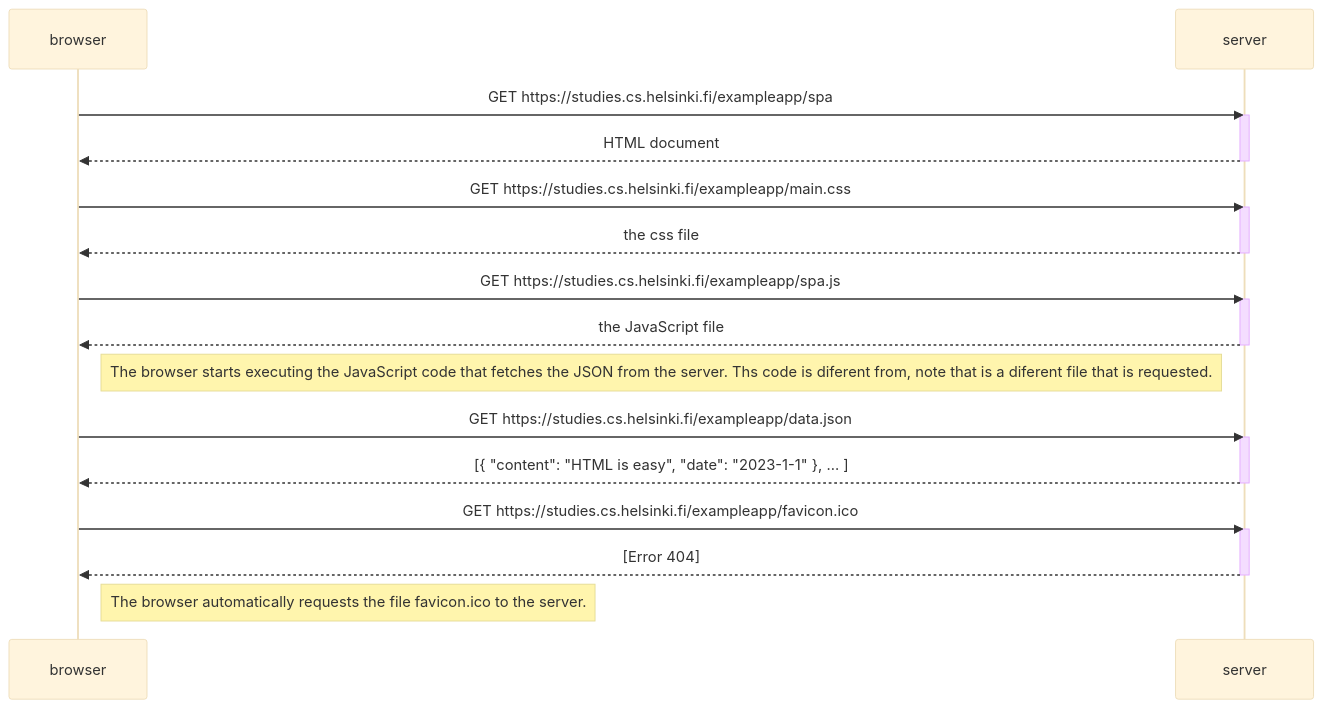
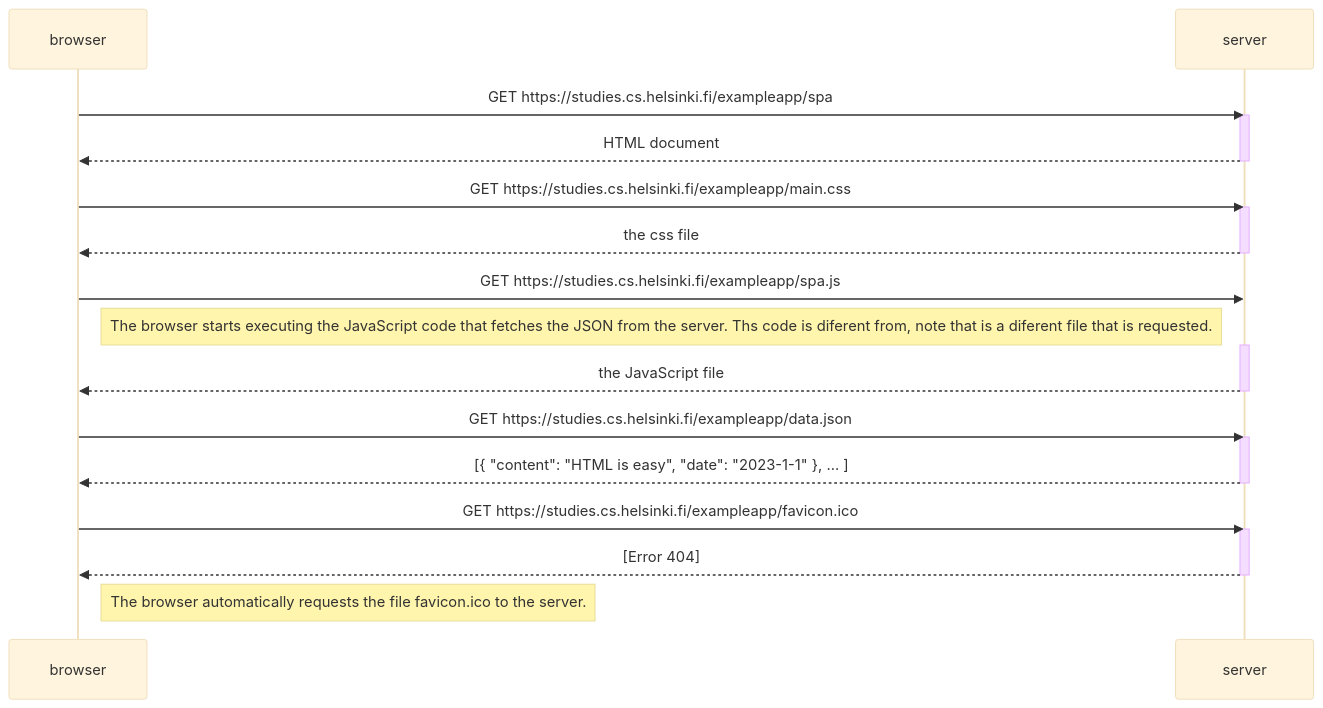
One commit to Temistocles17/Temistocles17.github.io changed the diagram in Readme.md. Above: the diagram before and after it, drawn with Mermaid (base theme).

````diff
--- a/Readme.md
+++ b/Readme.md
@@ -1,35 +1,36 @@
 ```mermaid
 sequenceDiagram
     participant browser
     participant server
 
     browser->>server: GET https://studies.cs.helsinki.fi/exampleapp/spa
     activate server
     server-->>browser: HTML document
     deactivate server
 
     browser->>server: GET https://studies.cs.helsinki.fi/exampleapp/main.css
     activate server
     server-->>browser: the css file
     deactivate server
 
     browser->>server: GET https://studies.cs.helsinki.fi/exampleapp/spa.js
+    
+    Note right of browser: The browser starts executing the JavaScript code that fetches the JSON from the server. Ths code is diferent from, note that is a diferent file that is requested.
+    
     activate server
     server-->>browser: the JavaScript file
     deactivate server
 
-    Note right of browser: The browser starts executing the JavaScript code that fetches the JSON from the server. Ths code is diferent from, note that is a diferent file that is requested.
 
     browser->>server: GET https://studies.cs.helsinki.fi/exampleapp/data.json
     activate server
     server-->>browser: [{ "content": "HTML is easy", "date": "2023-1-1" }, ... ]
     deactivate server
 
     browser->>server: GET https://studies.cs.helsinki.fi/exampleapp/favicon.ico
     activate server
     server-->>browser: [Error 404]
     deactivate server
 
     Note right of browser: The browser automatically requests the file favicon.ico to the server. 
-
 ```
````
